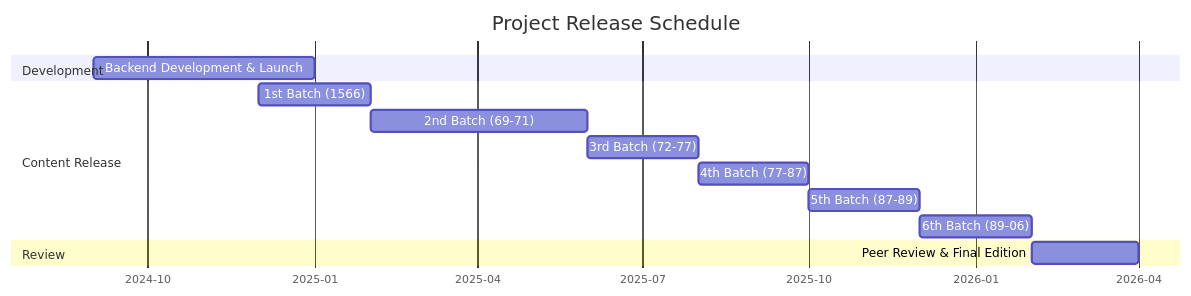
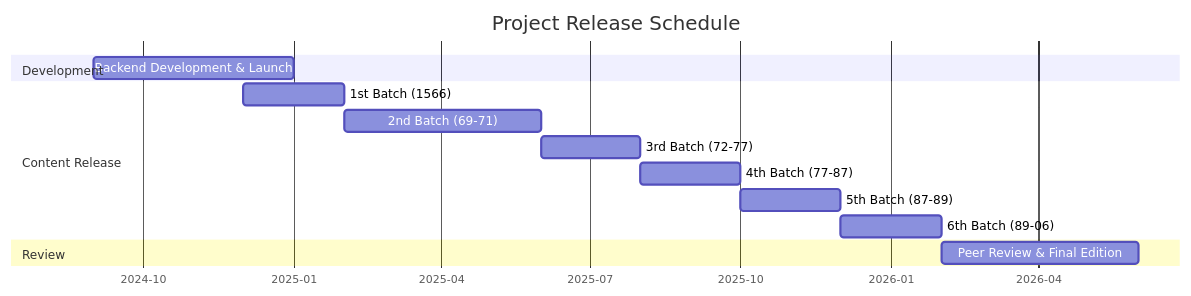
One commit to Pantagrueliste/CavrianaCorr changed the diagram in README.md. Above: the diagram before and after it, drawn with Mermaid.

````diff
--- a/README.md
+++ b/README.md
@@ -38,21 +38,21 @@
 ```mermaid
 gantt
     title Project Release Schedule
     dateFormat YYYY-MM
     axisFormat %Y-%m
     
     section Development
     Backend Development & Launch :2024-09, 2025-01
     
     section Content Release
     
     1st Batch (1566)         :2024-12, 2025-02
     2nd Batch (69-71)     :2025-02, 2025-06
     3rd Batch (72-77)      :2025-06, 2025-08
     4th Batch (77-87)     :2025-08, 2025-10
     5th Batch (87-89)      :2025-10, 2025-12
     6th Batch (89-06)      :2025-12, 2026-02
     
     section Review
-    Peer Review & Final Edition  :2026-02, 2026-04
+    Peer Review & Final Edition  :2026-02, 2026-06
 ```
````
